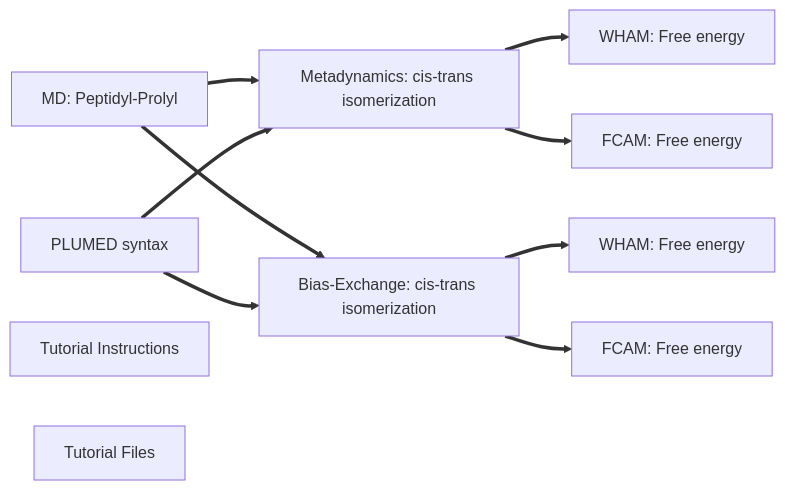
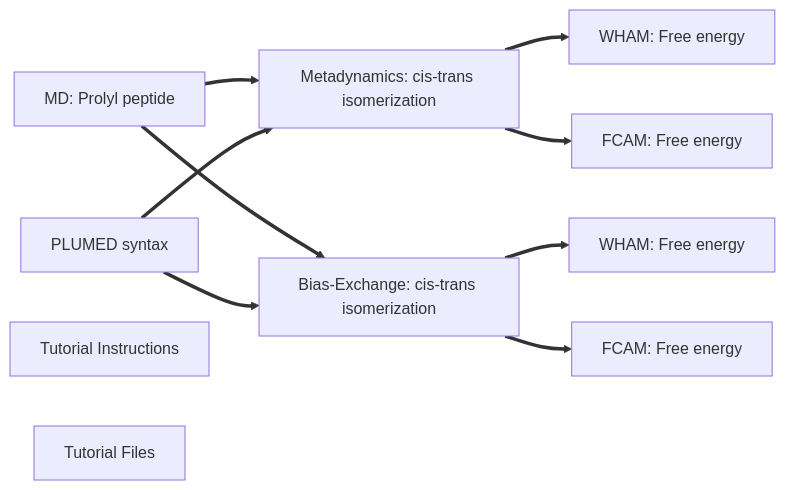
Before and after one commit to fabsugar/plumed-tutorial-be-aapak: the diagram in README.md, drawn with Mermaid.

````diff
--- a/README.md
+++ b/README.md
@@ -8,22 +8,22 @@
 ```mermaid
 flowchart LR
-A[MD: Peptidyl-Prolyl] ==> B[Metadynamics: cis-trans isomerization]
-A[MD: Peptidyl-Prolyl] ==> C[Bias-Exchange: cis-trans isomerization]
+A[MD: Prolyl peptide] ==> B[Metadynamics: cis-trans isomerization]
+A[MD: Prolyl peptide] ==> C[Bias-Exchange: cis-trans isomerization]
 D[PLUMED syntax] ==> B[Metadynamics: cis-trans isomerization]
 D[PLUMED syntax] ==> C[Bias-Exchange: cis-trans isomerization]
 B[Metadynamics: cis-trans isomerization]==>E[WHAM: Free energy]
 C[Bias-Exchange: cis-trans isomerization]==>F[WHAM: Free energy]
 B[Metadynamics: cis-trans isomerization]==>H[FCAM: Free energy]
 C[Bias-Exchange: cis-trans isomerization]==>I[FCAM: Free energy]
 G[Tutorial Instructions]
 L[Tutorial Files]
 click B "https://github.com/fabsugar/plumed-tutorial-be-aapak/blob/main/Metadynamics-cis-trans.MD" "bi-dimensional metadynamics of the cis-trans isomerization of Prolyl peptide"
 click C "https://github.com/fabsugar/plumed-tutorial-be-aapak/blob/main/bias_exchange.md" "bias exchange metadynamics of the cis-trans isomerization of Prolyl peptide"
 click E "https://github.com/metagui/metagui3" "metagu3: VMD plugin for cluster and free energy analysis (Giorgino et al. Comp Phys Comm 2017)"
 click F "https://github.com/metagui/metagui3" "metagu3: VMD plugin for cluster and free energy analysis (Giorgino et al. Comp Phys Comm 2017)"
 click H "https://github.com/FCAM-NIH/FCAM" "FCAM: free energy calculation based on mean forces (Marinelli et al. JCTC 2021)"
 click I "https://github.com/FCAM-NIH/FCAM" "FCAM: free energy calculation based on mean forces (Marinelli et al. JCTC 2021)"
 click D "http://www.plumed-tutorials.org/lessons/21/001/data/NAVIGATION.html" "A tutorial on the basic plumed syntax"
 click G "https://github.com/fabsugar/plumed-tutorial-be-aapak/blob/main/protocol1_md-meta-be.pdf" "Tutorial Instructions"
 click L "https://github.com/fabsugar/plumed-tutorial-be-aapak/blob/main/tutorial_files.zip" "tutorial files"
 ```
````
